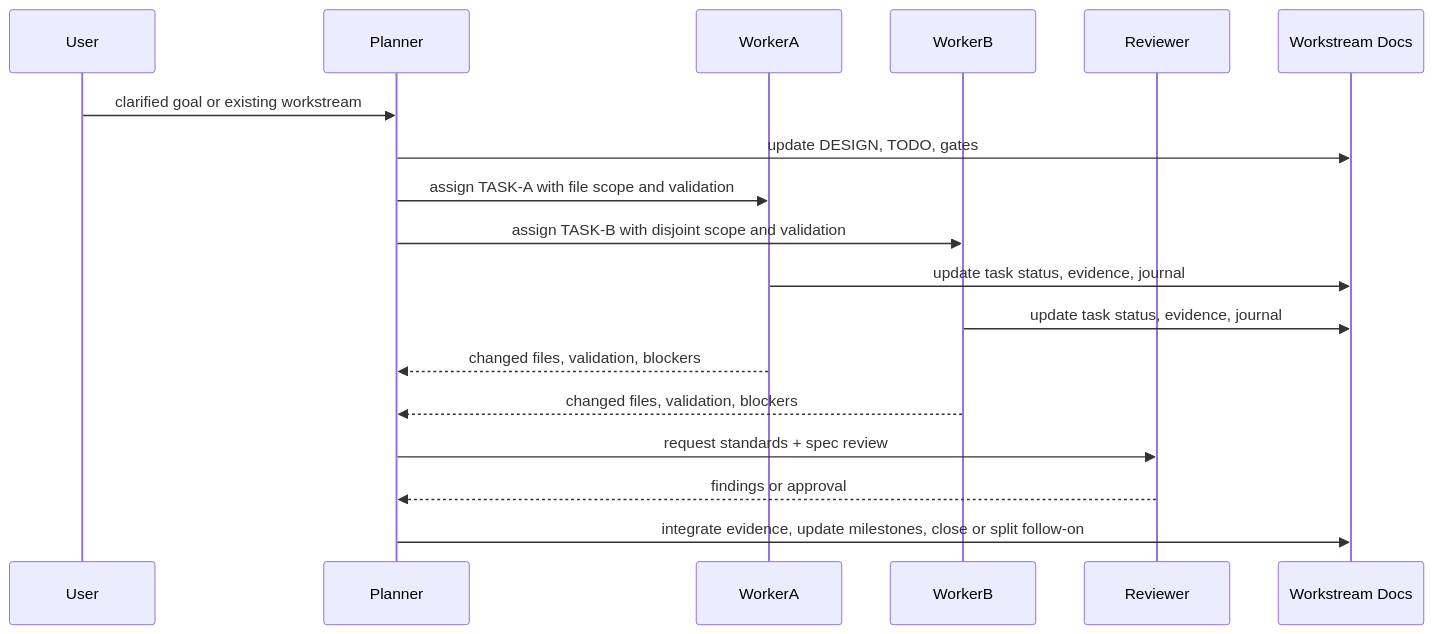
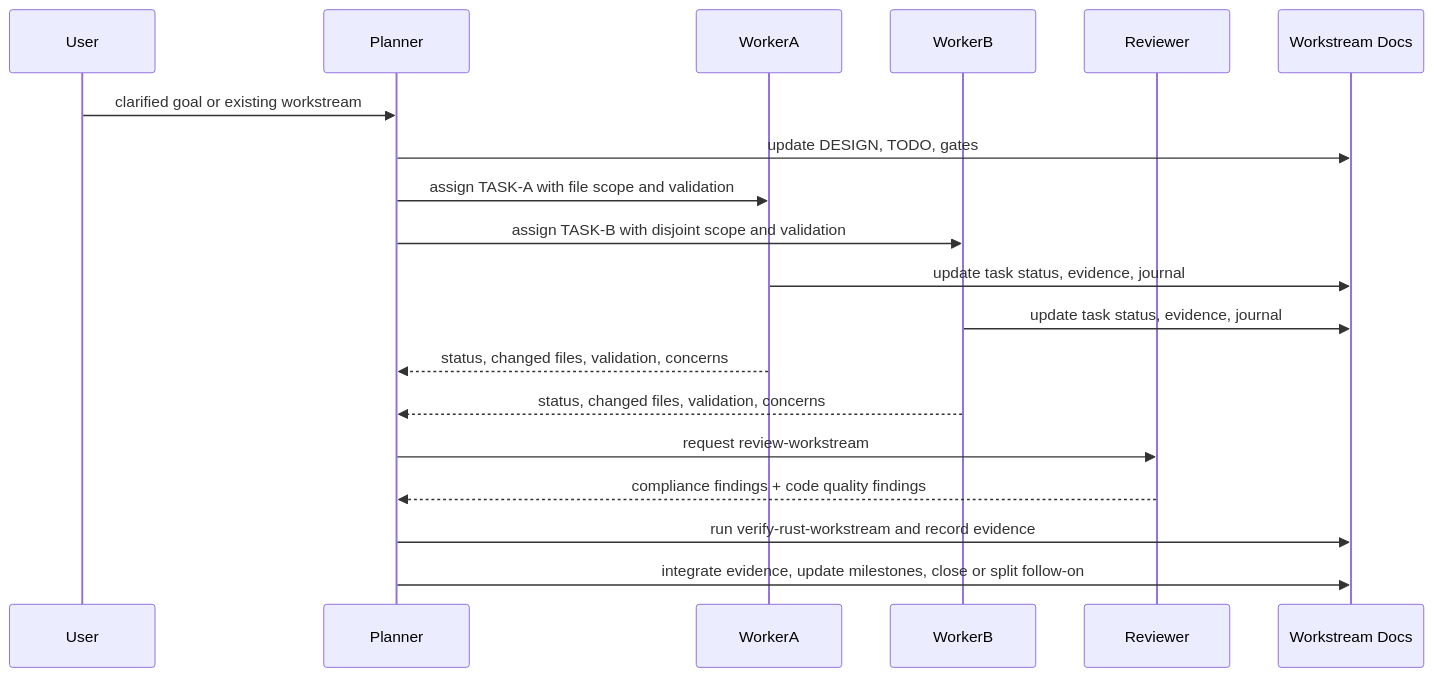
One commit to Latias94/dev-skills changed the third of 3 diagrams in docs/workflow.md. Above: the diagram before and after it, drawn with Mermaid. The commit also changed other lines of this file and 31 other files, not shown here.

Commit message:
feat: add workstream review and verification gates

````diff
--- a/docs/workflow.md
+++ b/docs/workflow.md
@@ -87,21 +88,22 @@
 ```mermaid
 sequenceDiagram
   participant User
   participant Planner
   participant WorkerA
   participant WorkerB
   participant Reviewer
   participant Docs as Workstream Docs
 
   User->>Planner: clarified goal or existing workstream
   Planner->>Docs: update DESIGN, TODO, gates
   Planner->>WorkerA: assign TASK-A with file scope and validation
   Planner->>WorkerB: assign TASK-B with disjoint scope and validation
   WorkerA->>Docs: update task status, evidence, journal
   WorkerB->>Docs: update task status, evidence, journal
-  WorkerA-->>Planner: changed files, validation, blockers
-  WorkerB-->>Planner: changed files, validation, blockers
-  Planner->>Reviewer: request standards + spec review
-  Reviewer-->>Planner: findings or approval
+  WorkerA-->>Planner: status, changed files, validation, concerns
+  WorkerB-->>Planner: status, changed files, validation, concerns
+  Planner->>Reviewer: request review-workstream
+  Reviewer-->>Planner: compliance findings + code quality findings
+  Planner->>Docs: run verify-rust-workstream and record evidence
   Planner->>Docs: integrate evidence, update milestones, close or split follow-on
 ```
````
